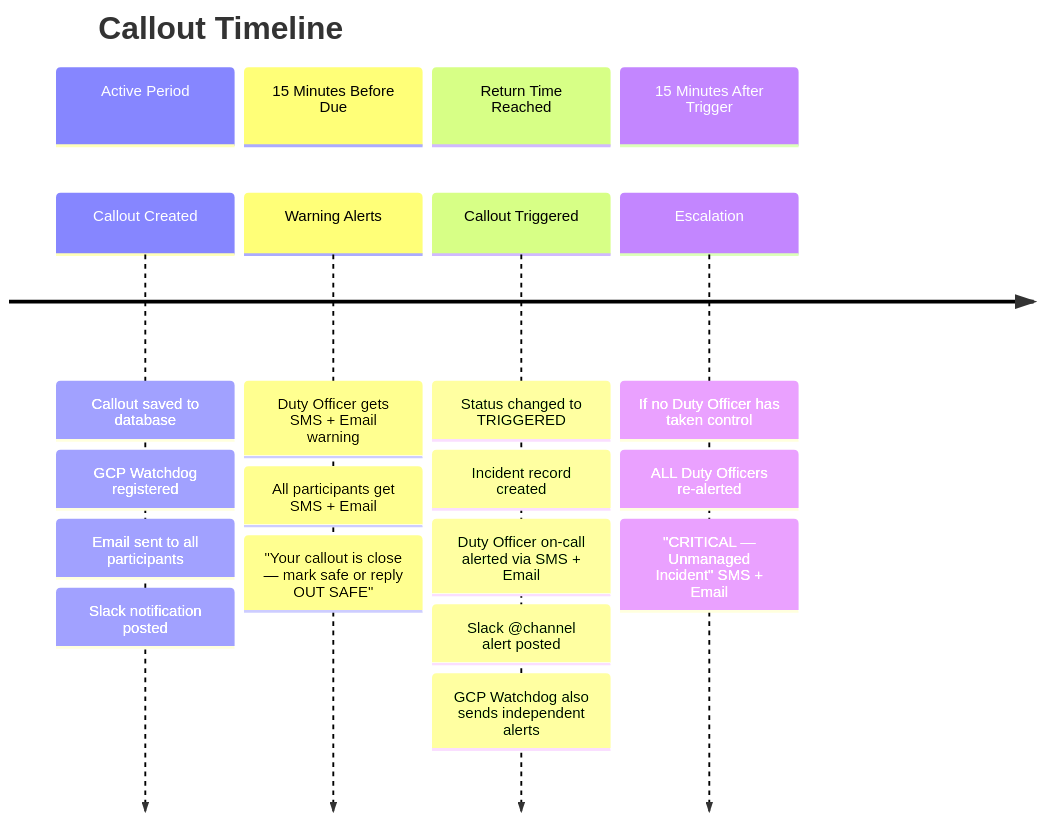
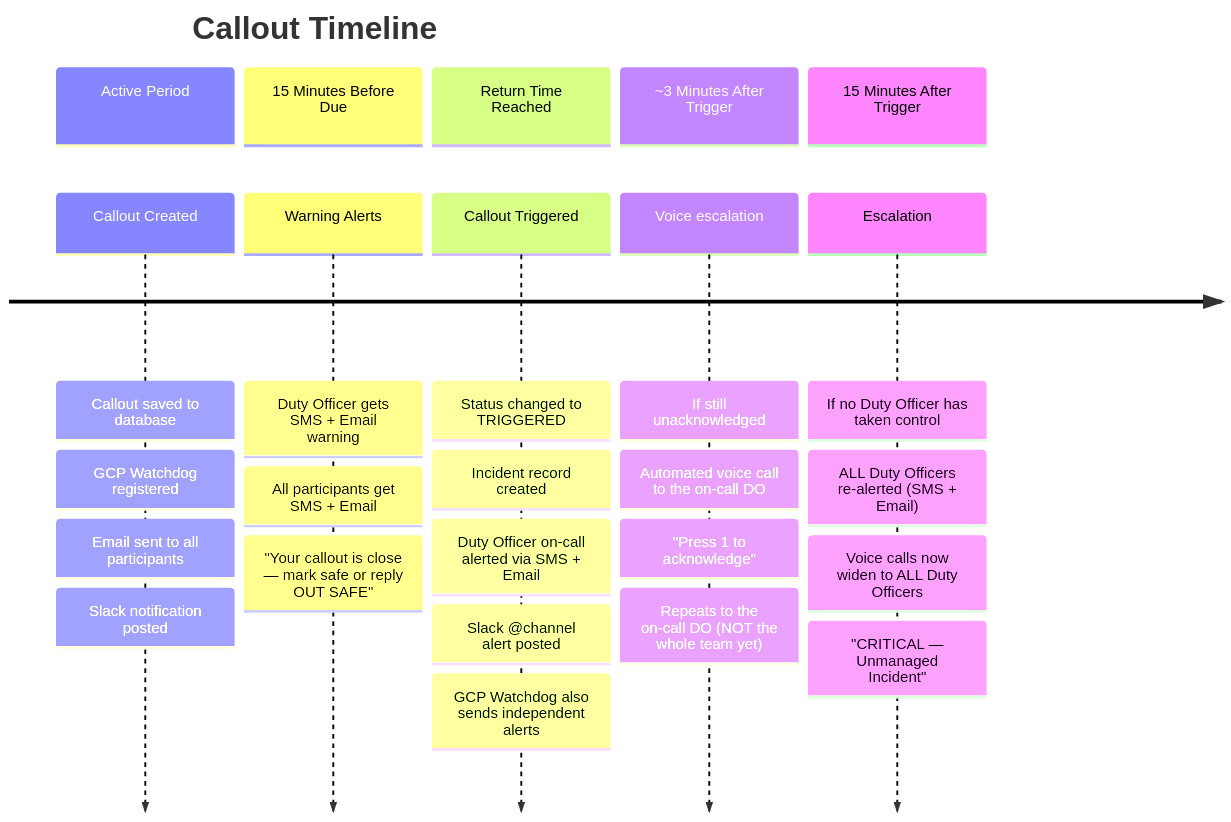
One commit to paperclipmonkey/subterra changed the third of 8 diagrams in docs/callout-system.md. Above: the diagram before and after it, drawn with Mermaid. The commit also changed other lines of this file and 62 other files, not shown here.

````diff
--- a/docs/callout-system.md
+++ b/docs/callout-system.md
@@ -101,23 +103,29 @@
 ```mermaid
 timeline
     title Callout Timeline
     section Active Period
         Callout Created : Callout saved to database
             : GCP Watchdog registered
             : Email sent to all participants
             : Slack notification posted
     section 15 Minutes Before Due
         Warning Alerts : Duty Officer gets SMS + Email warning
             : All participants get SMS + Email
             : "Your callout is close — mark safe or reply OUT SAFE"
     section Return Time Reached
         Callout Triggered : Status changed to TRIGGERED
             : Incident record created
             : Duty Officer on-call alerted via SMS + Email
             : Slack @channel alert posted
             : GCP Watchdog also sends independent alerts
+    section ~3 Minutes After Trigger
+        Voice escalation : If still unacknowledged
+            : Automated voice call to the on-call DO
+            : "Press 1 to acknowledge"
+            : Repeats to the on-call DO (NOT the whole team yet)
     section 15 Minutes After Trigger
         Escalation : If no Duty Officer has taken control
-            : ALL Duty Officers re-alerted
-            : "CRITICAL — Unmanaged Incident" SMS + Email
+            : ALL Duty Officers re-alerted (SMS + Email)
+            : Voice calls now widen to ALL Duty Officers
+            : "CRITICAL — Unmanaged Incident"
 ```
````
